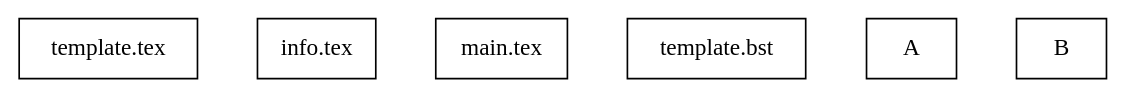
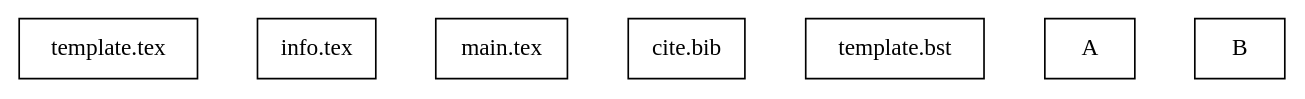
One commit to bwtian/texTemplate changed the diagram in texTemplate.org. Above: the diagram before and after it, drawn with Graphviz. The commit also changed 1 other file, not shown here.

Commit message:
- ‘.#texTemplate.org’ / ‘texTemplate.org’

```diff
--- a/texTemplate.org
+++ b/texTemplate.org
@@ -4,21 +4,22 @@
 #+BEGIN_SRC dot :file ./texTemplate.svg 
 digraph { 
 fontname="Times"; 
 fontsize = 12; 
 splines = false; 
 ranksep = 0.2; 
 nodesep = 0.5; 
 node [shape = box] 
 //1. set node 
-j[label = "template.tex"]
+temp [label = "template.tex"]
 info [label = "info.tex"]
 main [label = "main.tex"]
+bib [label = "cite.bib"]
 bst [label = "template.bst"]
 
 //2. set path 
 
 
 //3. set rank 
 {rank = same; A, B} 
 }
 #+END_SRC
```
